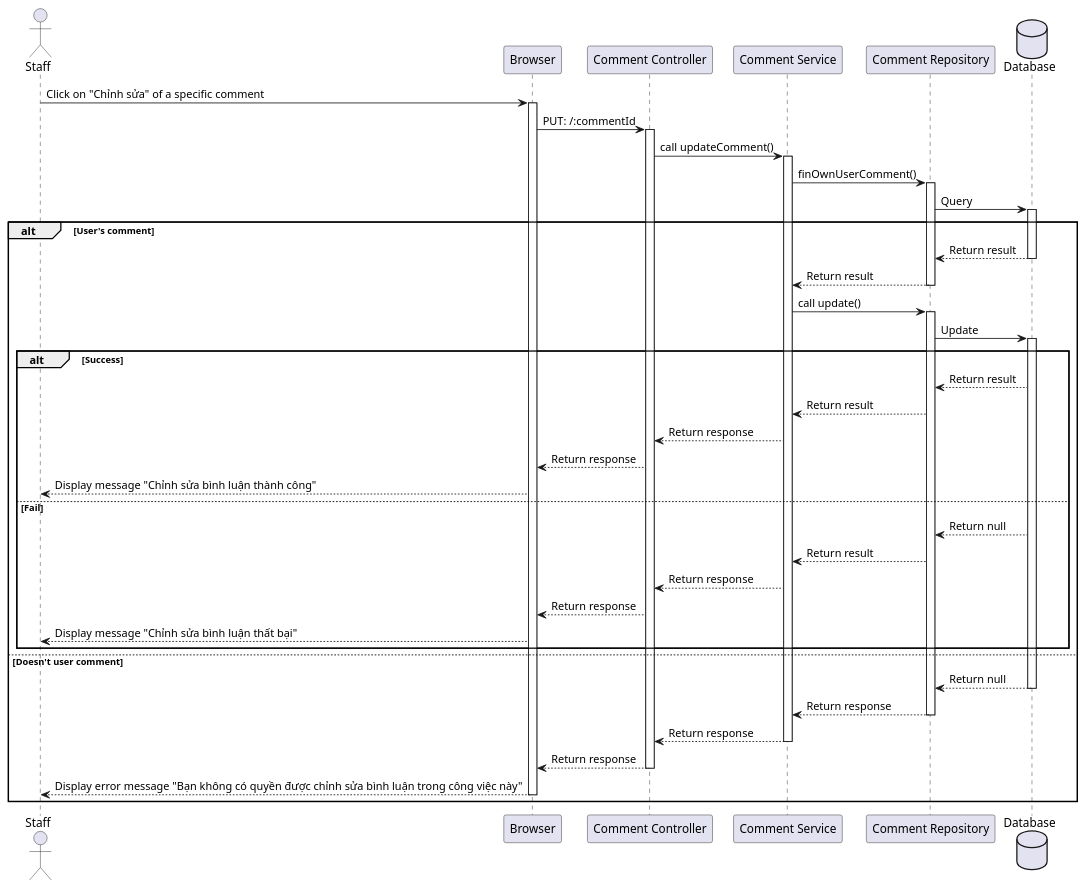
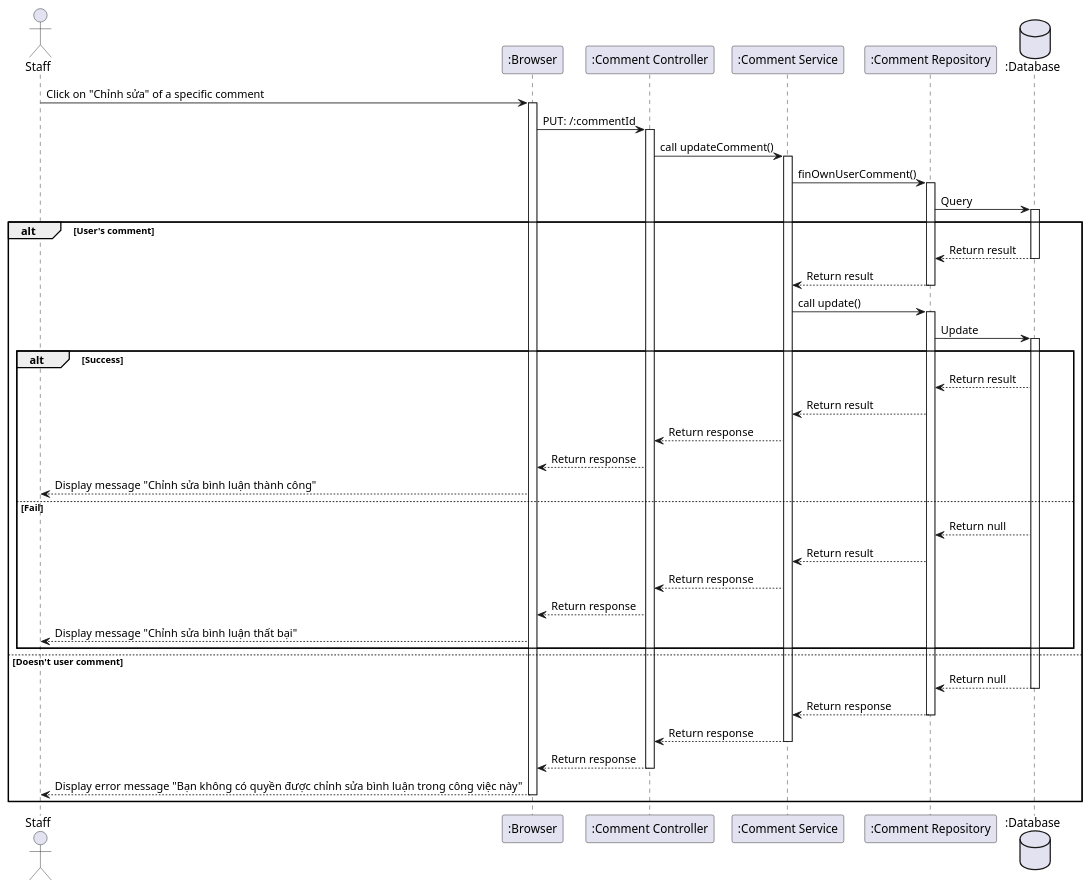
The diagram in docs/staff/updateComment.plantuml (ngthanhtuung/ema-server), drawn with PlantUML before and after one commit. The commit also changed 42 other files, not shown here.

```diff
--- a/docs/staff/updateComment.plantuml
+++ b/docs/staff/updateComment.plantuml
@@ -1,39 +1,39 @@
 @startuml
 actor Staff as user
-participant Browser as a
-participant "Comment Controller" as b
-participant "Comment Service" as c
-participant "Comment Repository" as e
-database Database as f
+participant ":Browser" as a
+participant ":Comment Controller" as b
+participant ":Comment Service" as c
+participant ":Comment Repository" as e
+database ":Database" as f
 
 user -> a++: Click on "Chỉnh sửa" of a specific comment
 a -> b++: PUT: /:commentId
 b -> c++: call updateComment()
 c -> e++: finOwnUserComment()
 e -> f++: Query
 alt User's comment
     f --> e--: Return result
     e --> c--: Return result
     c -> e++: call update()
     e -> f++: Update
     alt Success
         f --> e: Return result
         e --> c: Return result
         c --> b: Return response
         b --> a: Return response
         a --> user: Display message "Chỉnh sửa bình luận thành công"
     else Fail
          f --> e: Return null
          e --> c: Return result
          c --> b: Return response
          b --> a: Return response
          a --> user: Display message "Chỉnh sửa bình luận thất bại"
     end
 else Doesn't user comment
     f --> e--: Return null
     e --> c--: Return response
     c --> b--: Return response
     b --> a--: Return response
     a --> user--: Display error message "Bạn không có quyền được chỉnh sửa bình luận trong công việc này"
 end
 @enduml
```
